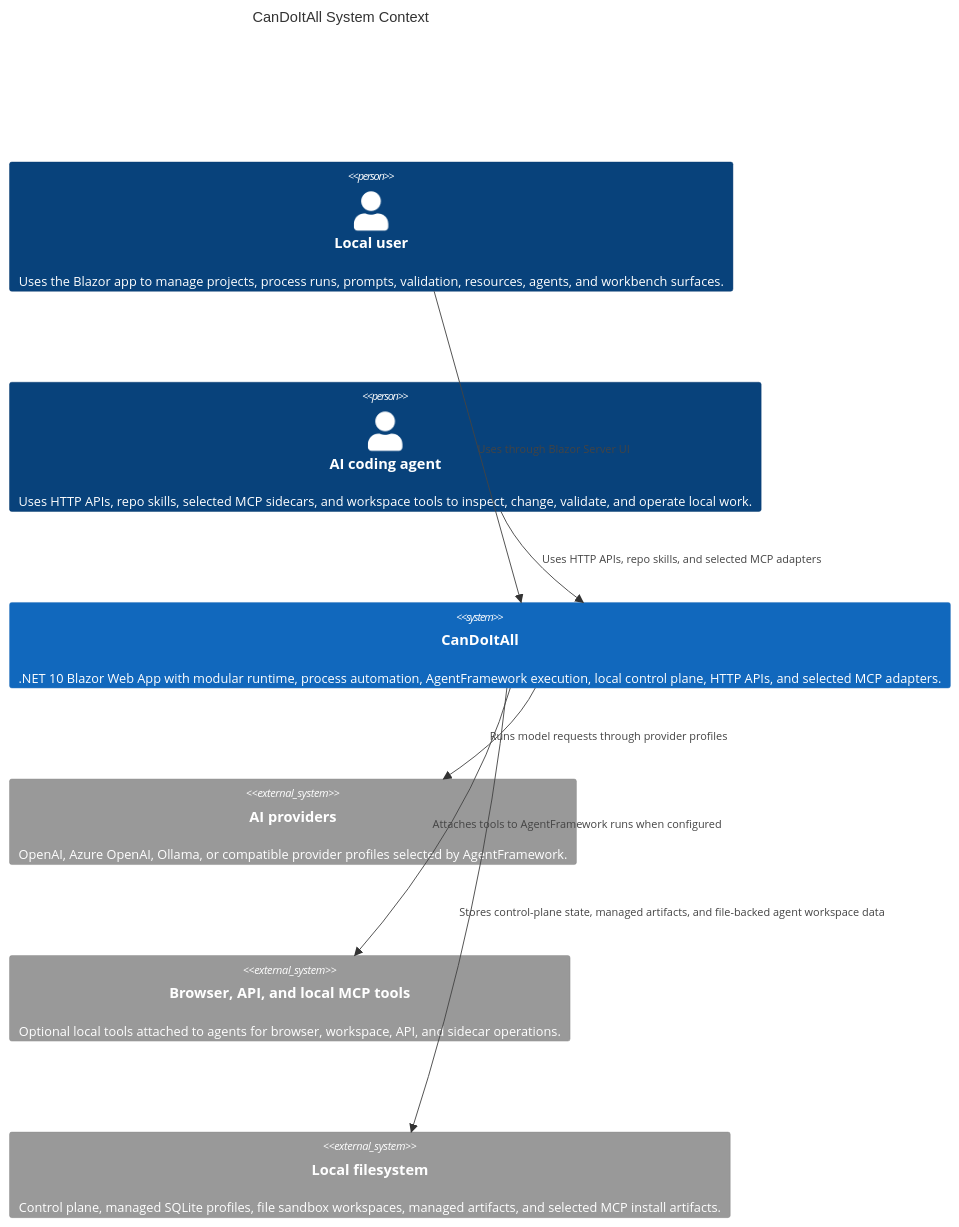
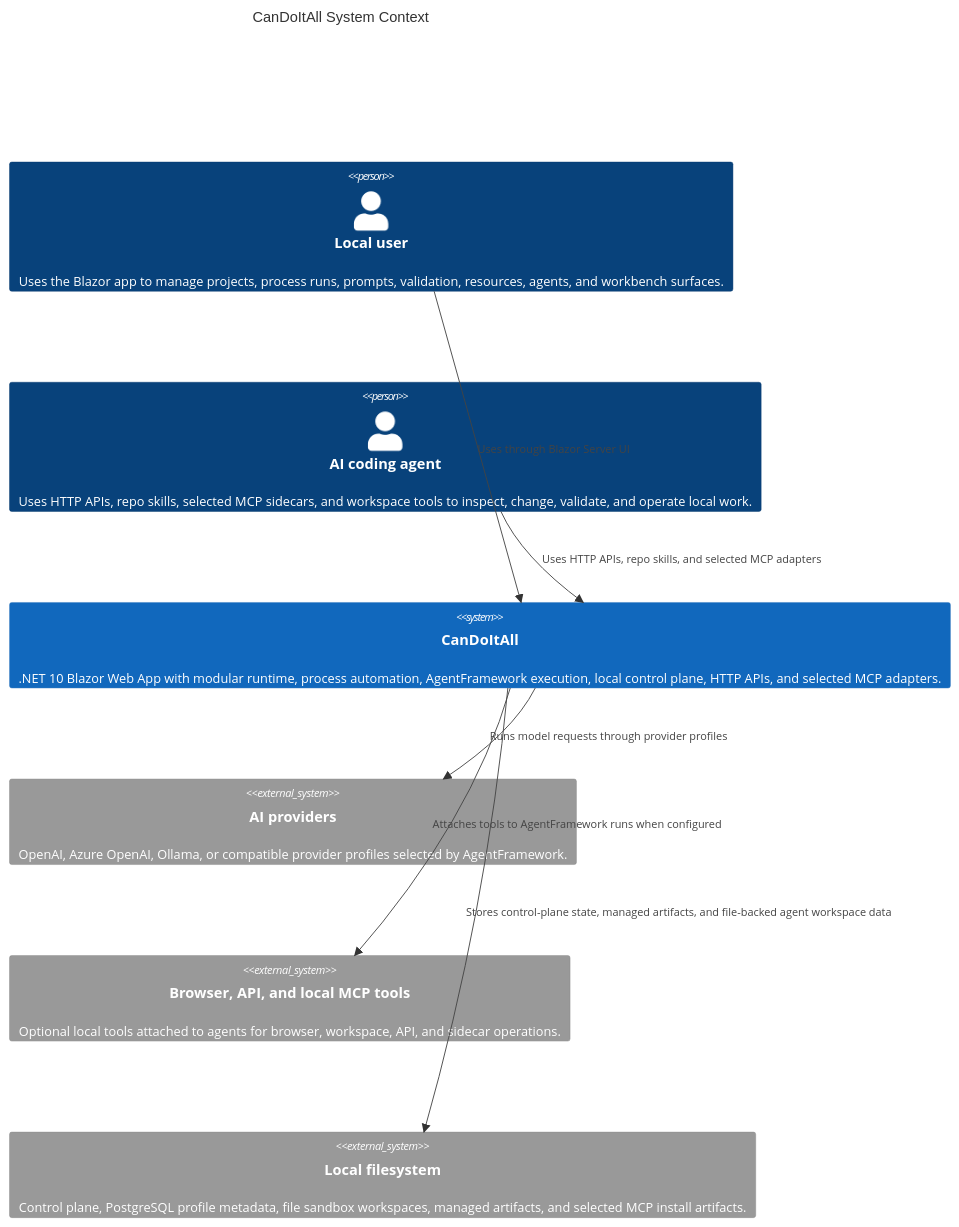
The second of 8 diagrams in docs/architecture-beta.md (fyziktom/CanDoItAll), drawn with Mermaid before and after one commit. The commit also changed other lines of this file and 507 other files, not shown here.

````diff
--- a/docs/architecture-beta.md
+++ b/docs/architecture-beta.md
@@ -60,16 +60,16 @@
 ```mermaid
 C4Context
 title CanDoItAll System Context
 Person(user, "Local user", "Uses the Blazor app to manage projects, process runs, prompts, validation, resources, agents, and workbench surfaces.")
 Person(agentClient, "AI coding agent", "Uses HTTP APIs, repo skills, selected MCP sidecars, and workspace tools to inspect, change, validate, and operate local work.")
 System(canDoItAll, "CanDoItAll", ".NET 10 Blazor Web App with modular runtime, process automation, AgentFramework execution, local control plane, HTTP APIs, and selected MCP adapters.")
 System_Ext(provider, "AI providers", "OpenAI, Azure OpenAI, Ollama, or compatible provider profiles selected by AgentFramework.")
 System_Ext(localTools, "Browser, API, and local MCP tools", "Optional local tools attached to agents for browser, workspace, API, and sidecar operations.")
-System_Ext(fileSystem, "Local filesystem", "Control plane, managed SQLite profiles, file sandbox workspaces, managed artifacts, and selected MCP install artifacts.")
+System_Ext(fileSystem, "Local filesystem", "Control plane, PostgreSQL profile metadata, file sandbox workspaces, managed artifacts, and selected MCP install artifacts.")
 
 Rel(user, canDoItAll, "Uses through Blazor Server UI")
 Rel(agentClient, canDoItAll, "Uses HTTP APIs, repo skills, and selected MCP adapters")
 Rel(canDoItAll, provider, "Runs model requests through provider profiles")
 Rel(canDoItAll, localTools, "Attaches tools to AgentFramework runs when configured")
 Rel(canDoItAll, fileSystem, "Stores control-plane state, managed artifacts, and file-backed agent workspace data")
 ```
````
